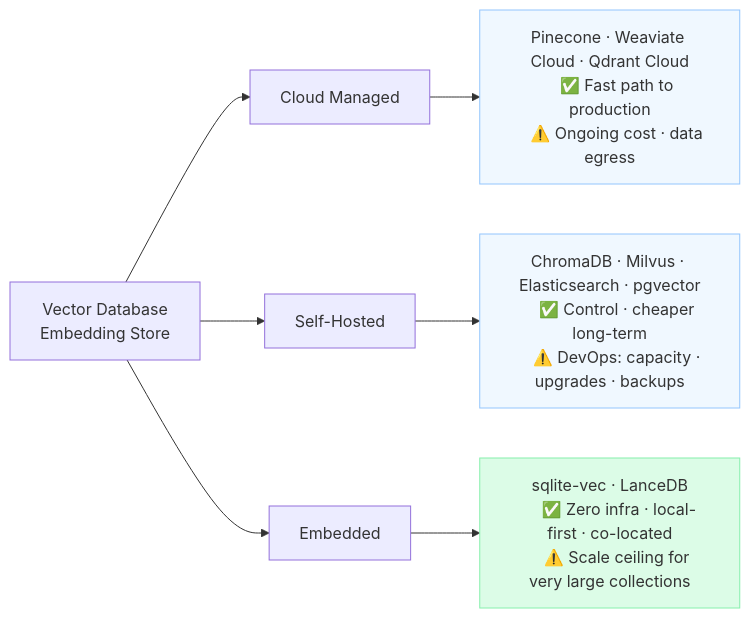
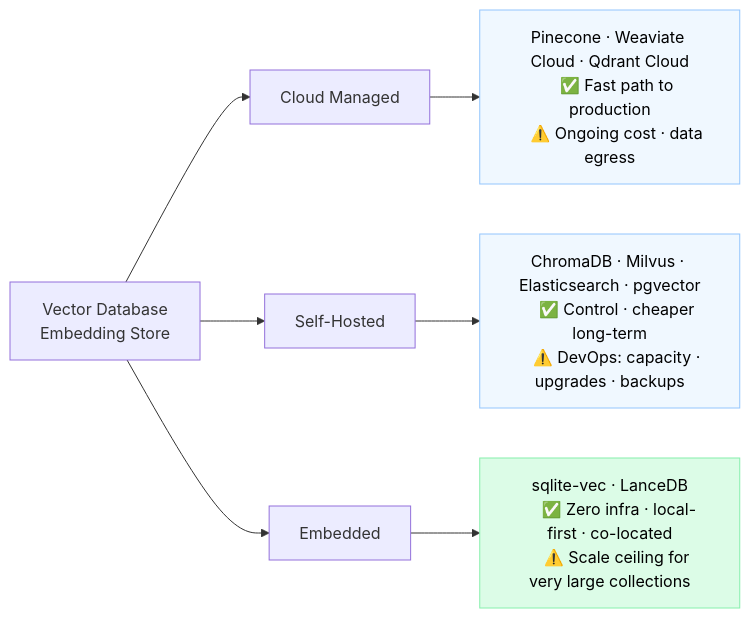
The third of 11 diagrams in docs/architecture.md (DevPartner/second-brain-cli), drawn with Mermaid before and after one commit. The commit also changed other lines of this file, not shown here.

````diff
--- a/docs/architecture.md
+++ b/docs/architecture.md
@@ -77,22 +67,22 @@
 ```mermaid
 graph LR
     VDB["Vector Database\nEmbedding Store"] --> A[Cloud Managed]
     VDB --> B[Self-Hosted]
     VDB --> C[Embedded]
 
     A --> A1["Pinecone · Weaviate Cloud · Qdrant Cloud
     ✅ Fast path to production
     ⚠️ Ongoing cost · data egress"]
 
     B --> B1["ChromaDB · Milvus · Elasticsearch · pgvector
     ✅ Control · cheaper long-term
     ⚠️ DevOps: capacity · upgrades · backups"]
 
     C --> C1["sqlite-vec · LanceDB
     ✅ Zero infra · local-first · co-located
     ⚠️ Scale ceiling for very large collections"]
 
-    style A1 fill:#f0f8ff,stroke:#93c5fd
-    style B1 fill:#f0f8ff,stroke:#93c5fd
-    style C1 fill:#dcfce7,stroke:#86efac
+    style A1 fill:#f0f8ff,stroke:#93c5fd,color:#000000
+    style B1 fill:#f0f8ff,stroke:#93c5fd,color:#000000
+    style C1 fill:#dcfce7,stroke:#86efac,color:#000000
 ```
````
